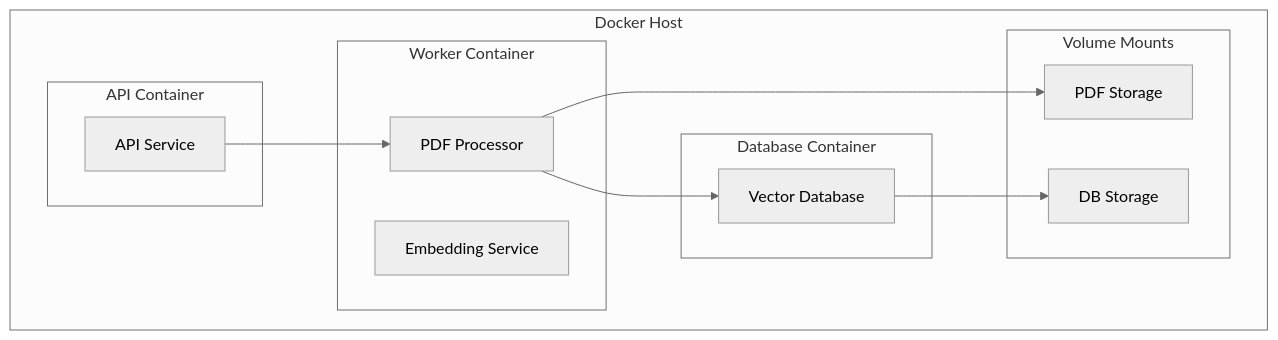
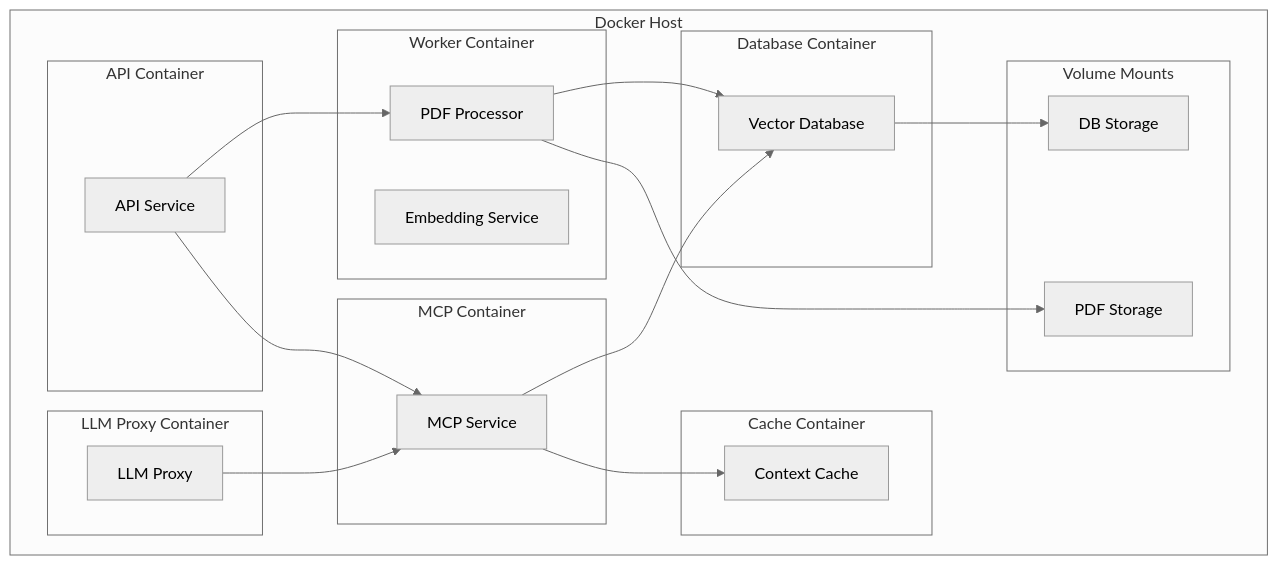
One commit to pnandi/vector-search changed the third of 4 diagrams in architecture_diagrams/deployment_diagram.md. Above: the diagram before and after it, drawn with Mermaid (neutral theme). The commit also changed other lines of this file and 2 other files, not shown here.

First line of the commit message:
architecture diagram updates

````diff
--- a/architecture_diagrams/deployment_diagram.md
+++ b/architecture_diagrams/deployment_diagram.md
@@ -103,27 +130,43 @@
 ```mermaid
 flowchart TD
     subgraph "Docker Host"
         subgraph "API Container"
             APIService[API Service]
         end
-        
+
         subgraph "Worker Container"
             PDFProcessor[PDF Processor]
             EmbeddingService[Embedding Service]
         end
-        
+
+        subgraph "MCP Container"
+            MCPService[MCP Service]
+        end
+
+        subgraph "LLM Proxy Container"
+            LLMProxy[LLM Proxy]
+        end
+
         subgraph "Database Container"
             VectorDB[Vector Database]
         end
-        
+
+        subgraph "Cache Container"
+            ContextCache[Context Cache]
+        end
+
         subgraph "Volume Mounts"
             PDFStorage[PDF Storage]
             DBStorage[DB Storage]
         end
     end
-    
+
     APIService --> PDFProcessor
+    APIService --> MCPService
+    LLMProxy --> MCPService
+    MCPService --> VectorDB
+    MCPService --> ContextCache
     PDFProcessor --> VectorDB
     PDFProcessor --> PDFStorage
     VectorDB --> DBStorage
 ```
````
